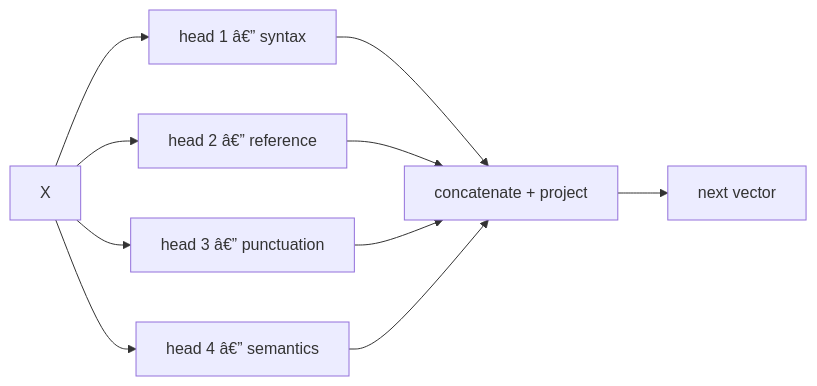
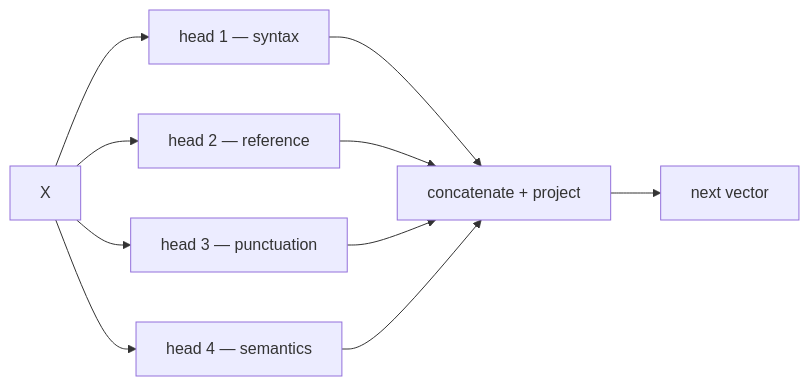
The fourth of 9 diagrams in docs/algorithms.md (Mostakim2005/gpt-moe-3d-explainer), drawn with Mermaid before and after one commit. The commit also changed other lines of this file and 11 other files, not shown here.

````diff
--- a/docs/algorithms.md
+++ b/docs/algorithms.md
@@ -68,9 +86,9 @@
 ```mermaid
 flowchart LR
-    X --> H1[head 1 â€” syntax]
-    X --> H2[head 2 â€” reference]
-    X --> H3[head 3 â€” punctuation]
-    X --> H4[head 4 â€” semantics]
+    X --> H1[head 1 — syntax]
+    X --> H2[head 2 — reference]
+    X --> H3[head 3 — punctuation]
+    X --> H4[head 4 — semantics]
     H1 & H2 & H3 & H4 --> CAT[concatenate + project]
     CAT --> X2[next vector]
 ```
````
